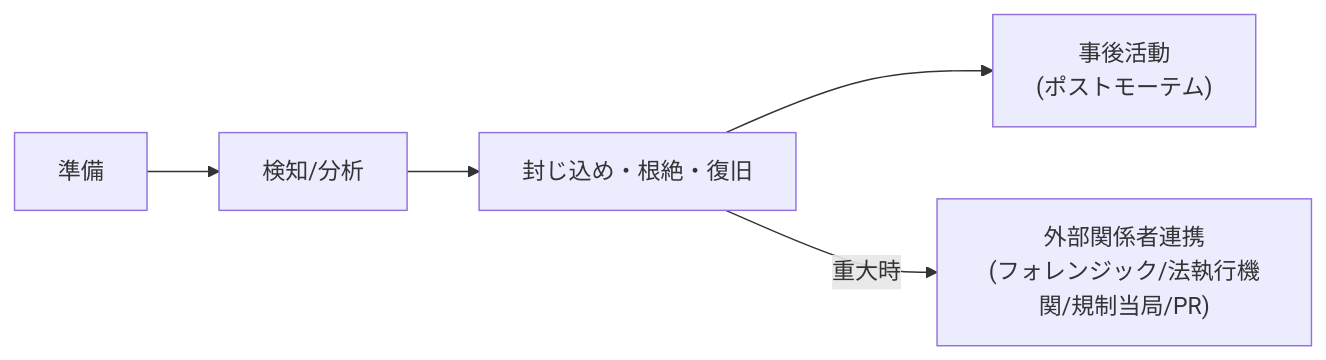
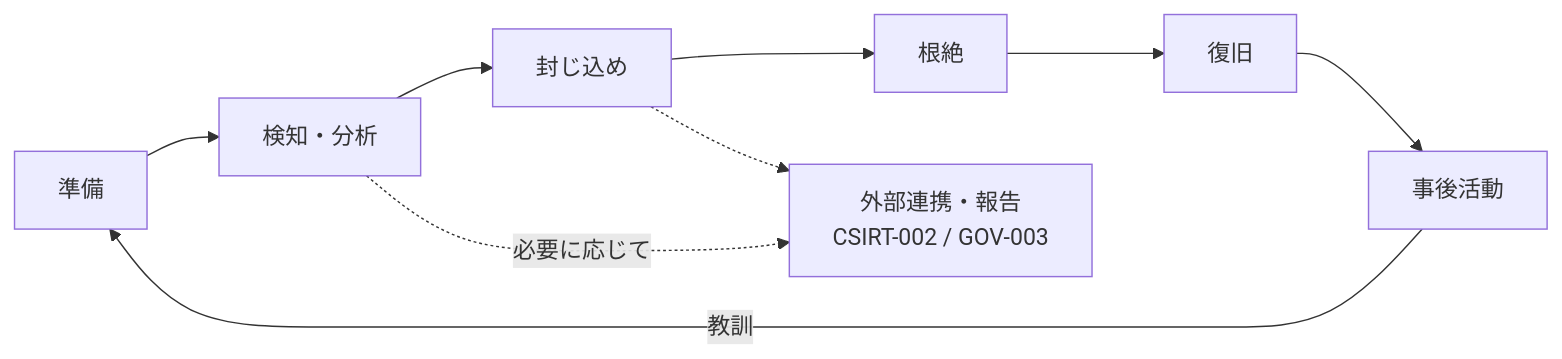
The diagram in 04-csirt-playbooks/04-01-incident-response-lifecycle.md (Okusan818/agentic-ai-soc-csirt-sample), drawn with Mermaid before and after one commit. The commit also changed other lines of this file and 7 other files, not shown here.

````diff
--- a/04-csirt-playbooks/04-01-incident-response-lifecycle.md
+++ b/04-csirt-playbooks/04-01-incident-response-lifecycle.md
@@ -7,7 +11,11 @@
 ```mermaid
 graph LR
-    P["準備"] --> D["検知/分析"]
-    D --> C["封じ込め・根絶・復旧"]
-    C --> PR["事後活動<br/>(ポストモーテム)"]
-    C -->|重大時| EXT["外部関係者連携<br/>(フォレンジック/法執行機関/規制当局/PR)"]
+    P[準備] --> D[検知・分析]
+    D --> C[封じ込め]
+    C --> E[根絶]
+    E --> R[復旧]
+    R --> PR[事後活動]
+    PR -->|教訓| P
+    D -.->|必要に応じて| EXT["外部連携・報告<br/>CSIRT-002 / GOV-003"]
+    C -.-> EXT
 ```
````
